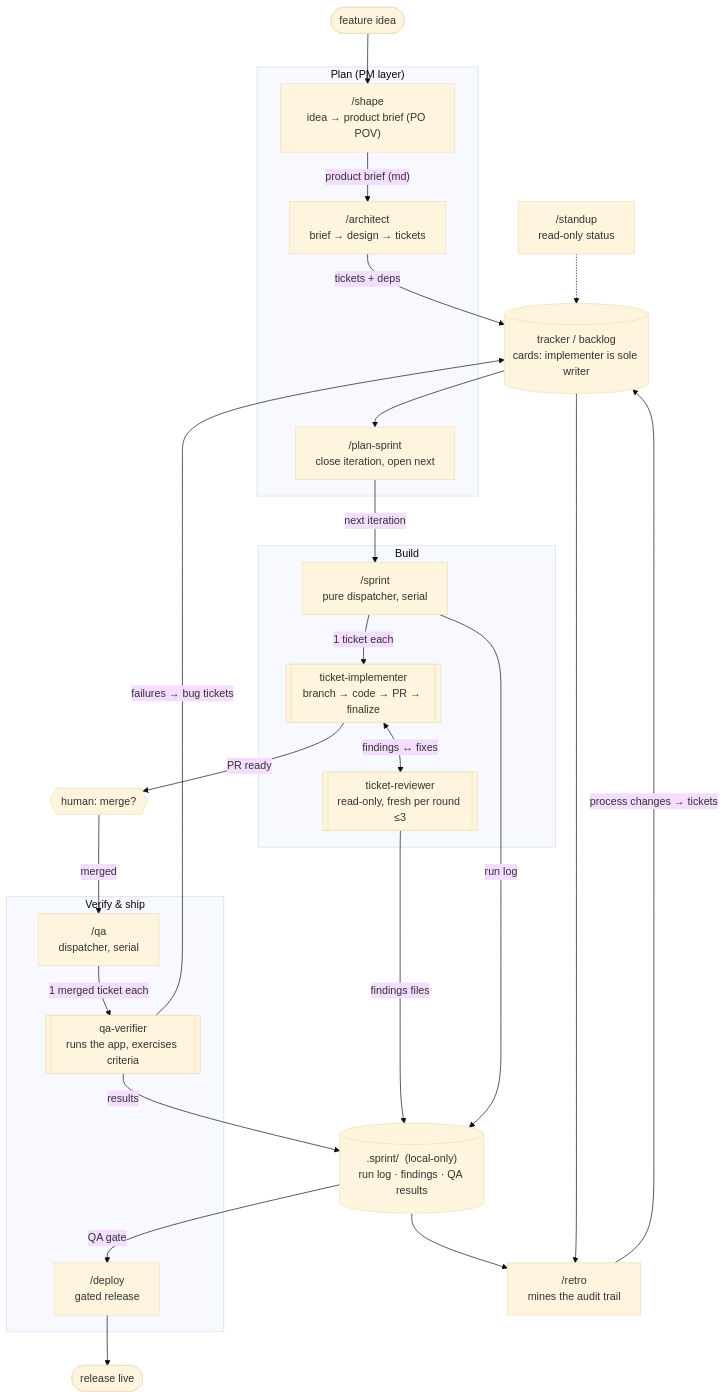
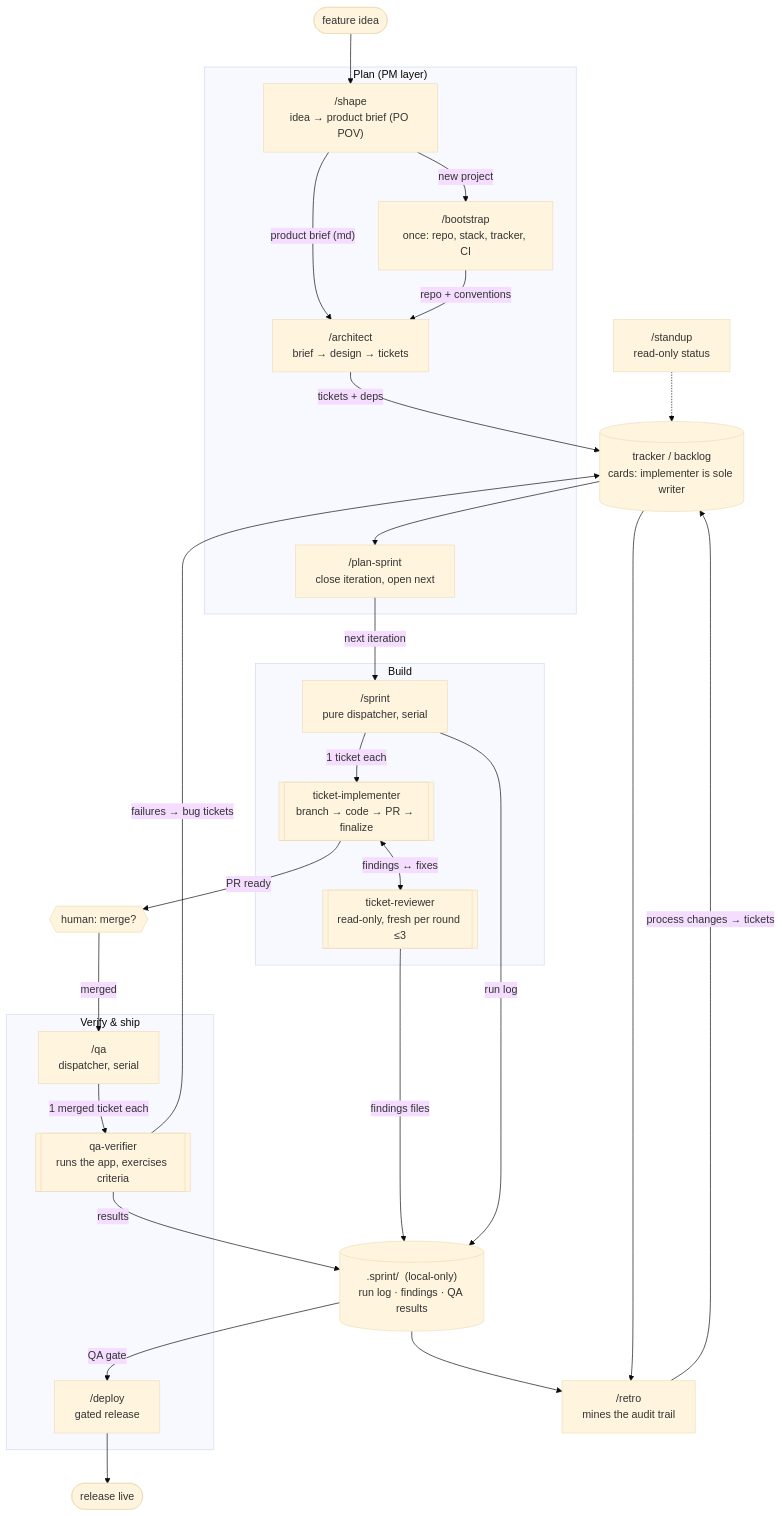
Before and after one commit to kyimoemin/skills: the diagram in README.md, drawn with Mermaid (base theme). The commit also changed other lines of this file and 4 other files, not shown here.

````diff
--- a/README.md
+++ b/README.md
@@ -14,47 +14,50 @@
 ```mermaid
 flowchart TB
     subgraph pm ["Plan (PM layer)"]
         shape["/shape\nidea → product brief (PO POV)"]
+        bootstrap["/bootstrap\nonce: repo, stack, tracker, CI"]
         architect["/architect\nbrief → design → tickets"]
         plansprint["/plan-sprint\nclose iteration, open next"]
     end
 
     subgraph build ["Build"]
         sprint["/sprint\npure dispatcher, serial"]
         impl[["ticket-implementer\nbranch → code → PR → finalize"]]
         reviewer[["ticket-reviewer\nread-only, fresh per round ≤3"]]
     end
 
     subgraph ship ["Verify & ship"]
         qa["/qa\ndispatcher, serial"]
         qav[["qa-verifier\nruns the app, exercises criteria"]]
         deploy["/deploy\ngated release"]
     end
 
     retro["/retro\nmines the audit trail"]
     standup["/standup\nread-only status"]
 
     tracker[("tracker / backlog\ncards: implementer is sole writer")]
     dotsprint[(".sprint/  (local-only)\nrun log · findings · QA results")]
 
     idea([feature idea]) --> shape
     shape -- "product brief (md)" --> architect
+    shape -- "new project" --> bootstrap
+    bootstrap -- "repo + conventions" --> architect
     architect -- "tickets + deps" --> tracker
     tracker --> plansprint
     plansprint -- "next iteration" --> sprint
     sprint -- "1 ticket each" --> impl
     impl <-- "findings ↔ fixes" --> reviewer
     reviewer -- "findings files" --> dotsprint
     sprint -- "run log" --> dotsprint
     impl -- "PR ready" --> merge{{"human: merge?"}}
     merge -- "merged" --> qa
     qa -- "1 merged ticket each" --> qav
     qav -- "results" --> dotsprint
     qav -- "failures → bug tickets" --> tracker
     dotsprint -- "QA gate" --> deploy
     deploy --> live([release live])
     dotsprint --> retro
     tracker --> retro
     retro -- "process changes → tickets" --> tracker
     standup -.-> tracker
 ```
````
